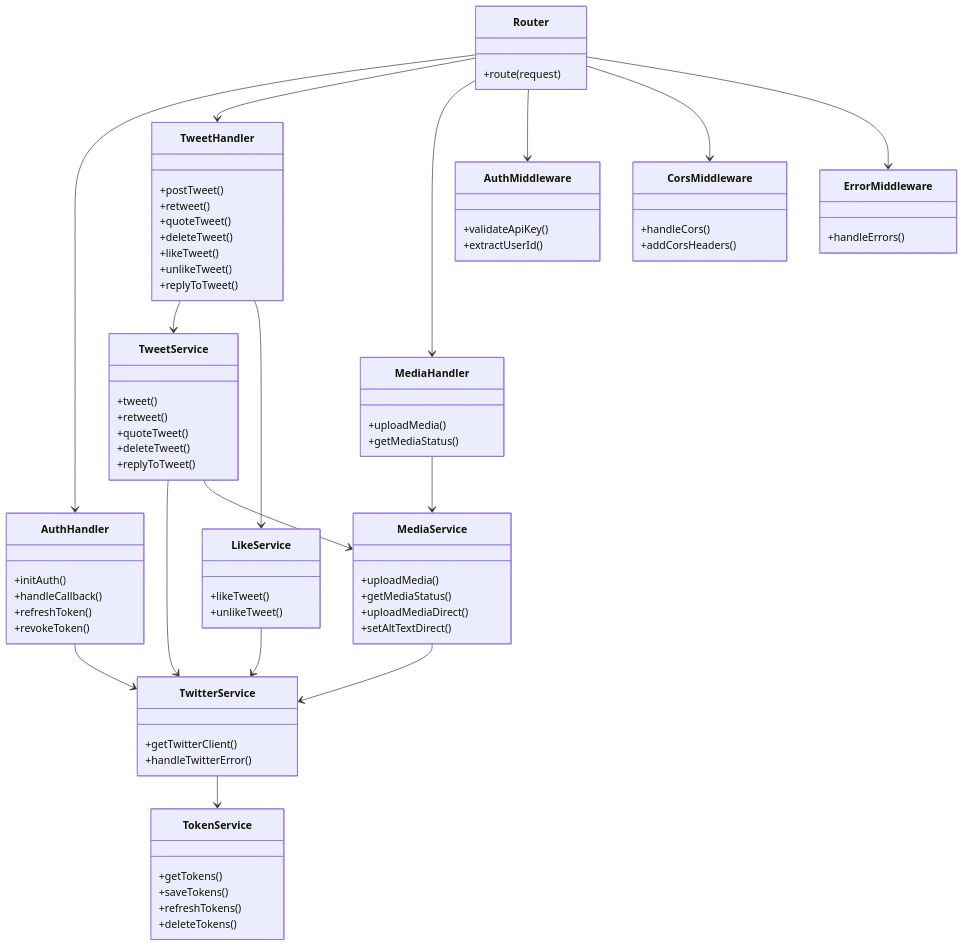
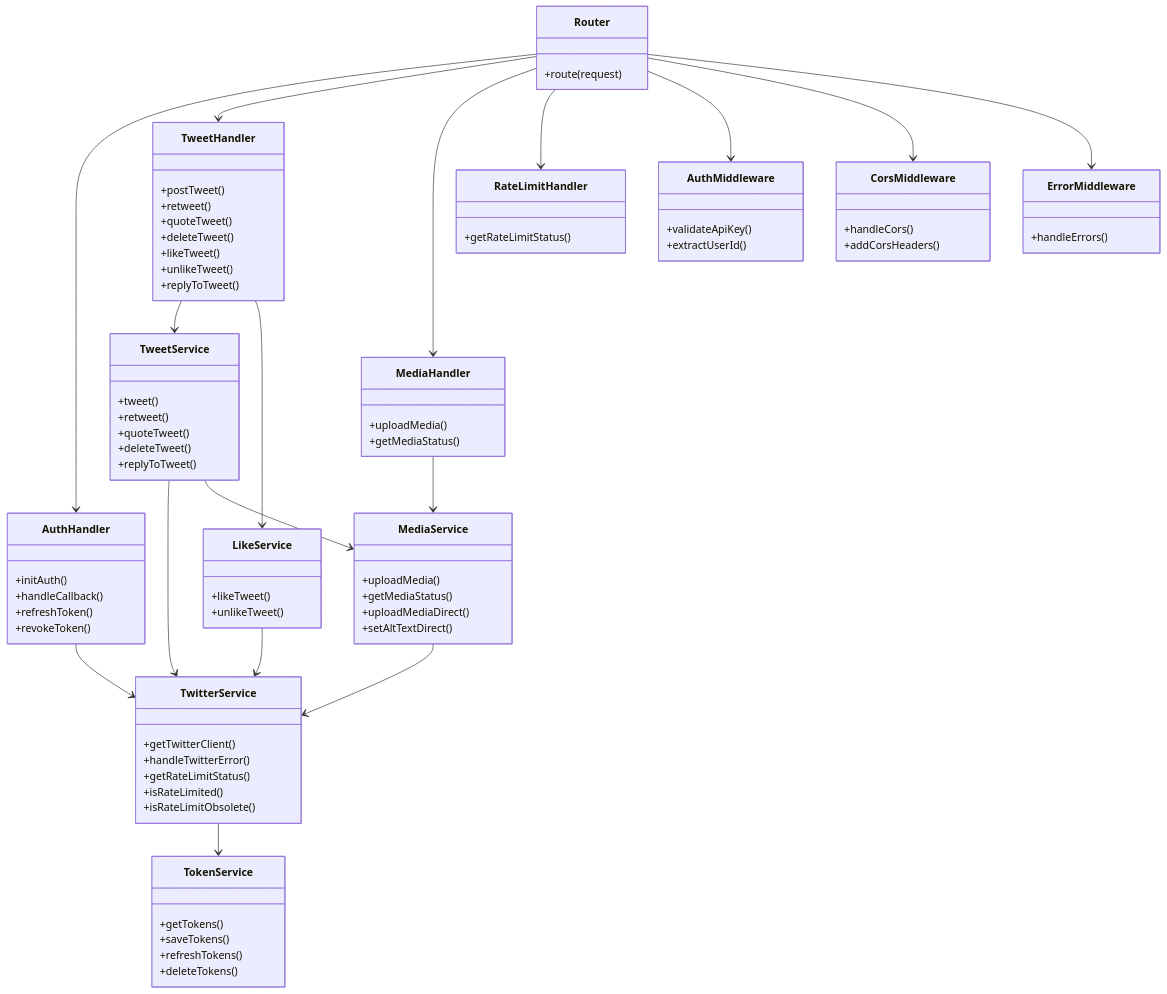
The ninth of 13 diagrams in memory-bank/systemPatterns.md (open-crosspost/open-crosspost-proxy-service), drawn with Mermaid before and after one commit. The commit also changed other lines of this file and 12 other files, not shown here.

Commit message:
adds redis and rate limit

```diff
--- a/memory-bank/systemPatterns.md
+++ b/memory-bank/systemPatterns.md
@@ -139,9 +172,16 @@
         +getMediaStatus()
     }
     
+    class RateLimitHandler {
+        +getRateLimitStatus()
+    }
+    
     class TwitterService {
         +getTwitterClient()
         +handleTwitterError()
+        +getRateLimitStatus()
+        +isRateLimited()
+        +isRateLimitObsolete()
     }
     
     class TweetService {
@@ -188,6 +228,7 @@
     Router --> AuthHandler
     Router --> TweetHandler
     Router --> MediaHandler
+    Router --> RateLimitHandler
     
     AuthHandler --> TwitterService
     TweetHandler --> TweetService
```
